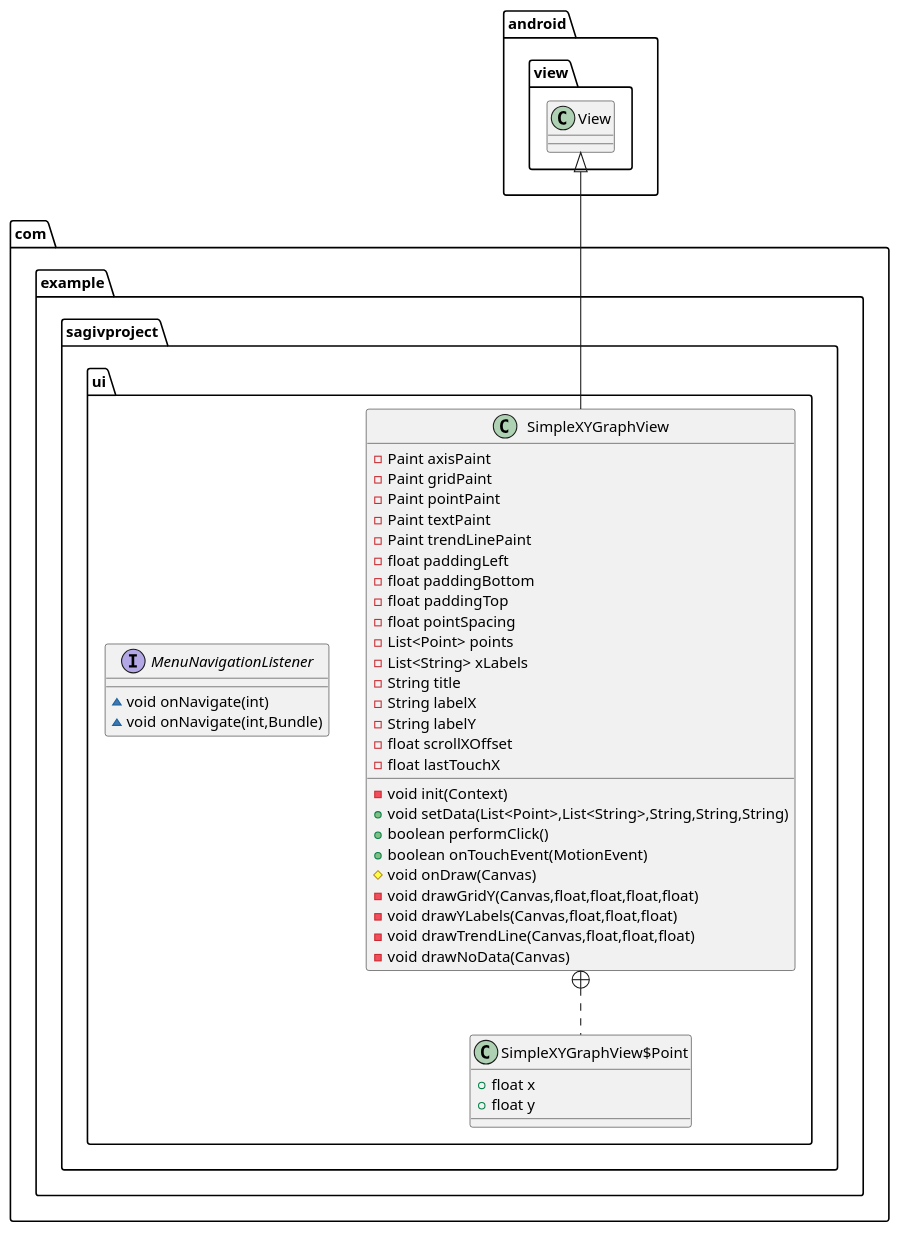
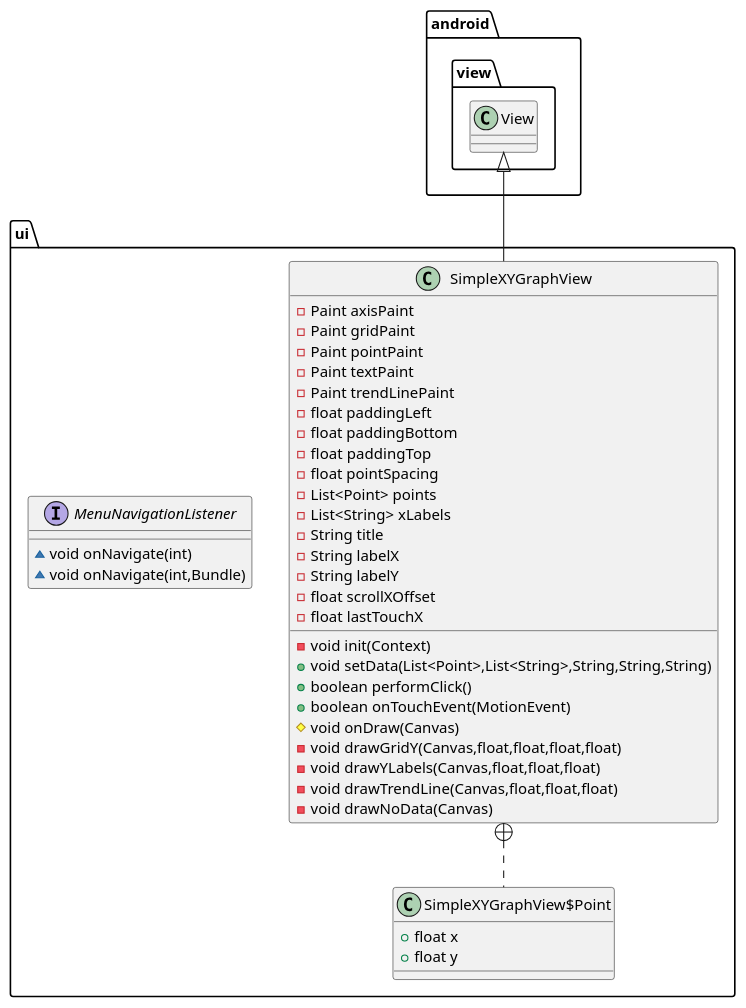
One commit to sagiv23/ShvilHazhav changed the diagram in ui2.puml. Above: the diagram before and after it, drawn with PlantUML. The commit also changed 42 other files, not shown here.

```diff
--- a/ui2.puml
+++ b/ui2.puml
@@ -1,45 +1,45 @@
 @startuml
-class com.example.sagivproject.ui.SimpleXYGraphView {
+class ui.SimpleXYGraphView {
 - Paint axisPaint
 - Paint gridPaint
 - Paint pointPaint
 - Paint textPaint
 - Paint trendLinePaint
 - float paddingLeft
 - float paddingBottom
 - float paddingTop
 - float pointSpacing
 - List<Point> points
 - List<String> xLabels
 - String title
 - String labelX
 - String labelY
 - float scrollXOffset
 - float lastTouchX
 - void init(Context)
 + void setData(List<Point>,List<String>,String,String,String)
 + boolean performClick()
 + boolean onTouchEvent(MotionEvent)
 # void onDraw(Canvas)
 - void drawGridY(Canvas,float,float,float,float)
 - void drawYLabels(Canvas,float,float,float)
 - void drawTrendLine(Canvas,float,float,float)
 - void drawNoData(Canvas)
 }
 
 
-class com.example.sagivproject.ui.SimpleXYGraphView$Point {
+class ui.SimpleXYGraphView$Point {
 + float x
 + float y
 }
 
-interface com.example.sagivproject.ui.MenuNavigationListener {
+interface ui.MenuNavigationListener {
 ~ void onNavigate(int)
 ~ void onNavigate(int,Bundle)
 }
 
 
 
-android.view.View <|-- com.example.sagivproject.ui.SimpleXYGraphView
-com.example.sagivproject.ui.SimpleXYGraphView +.. com.example.sagivproject.ui.SimpleXYGraphView$Point
+android.view.View <|-- ui.SimpleXYGraphView
+ui.SimpleXYGraphView +.. ui.SimpleXYGraphView$Point
 @enduml
```
